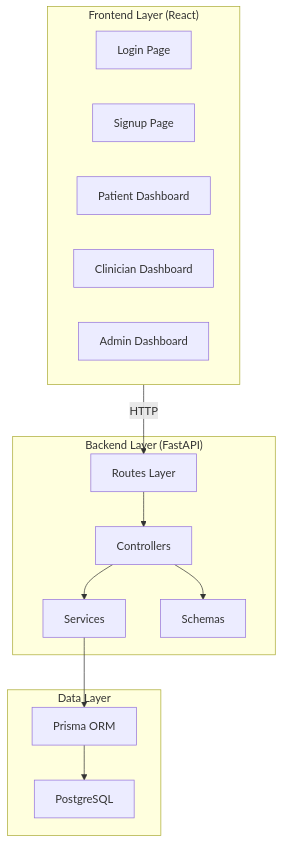
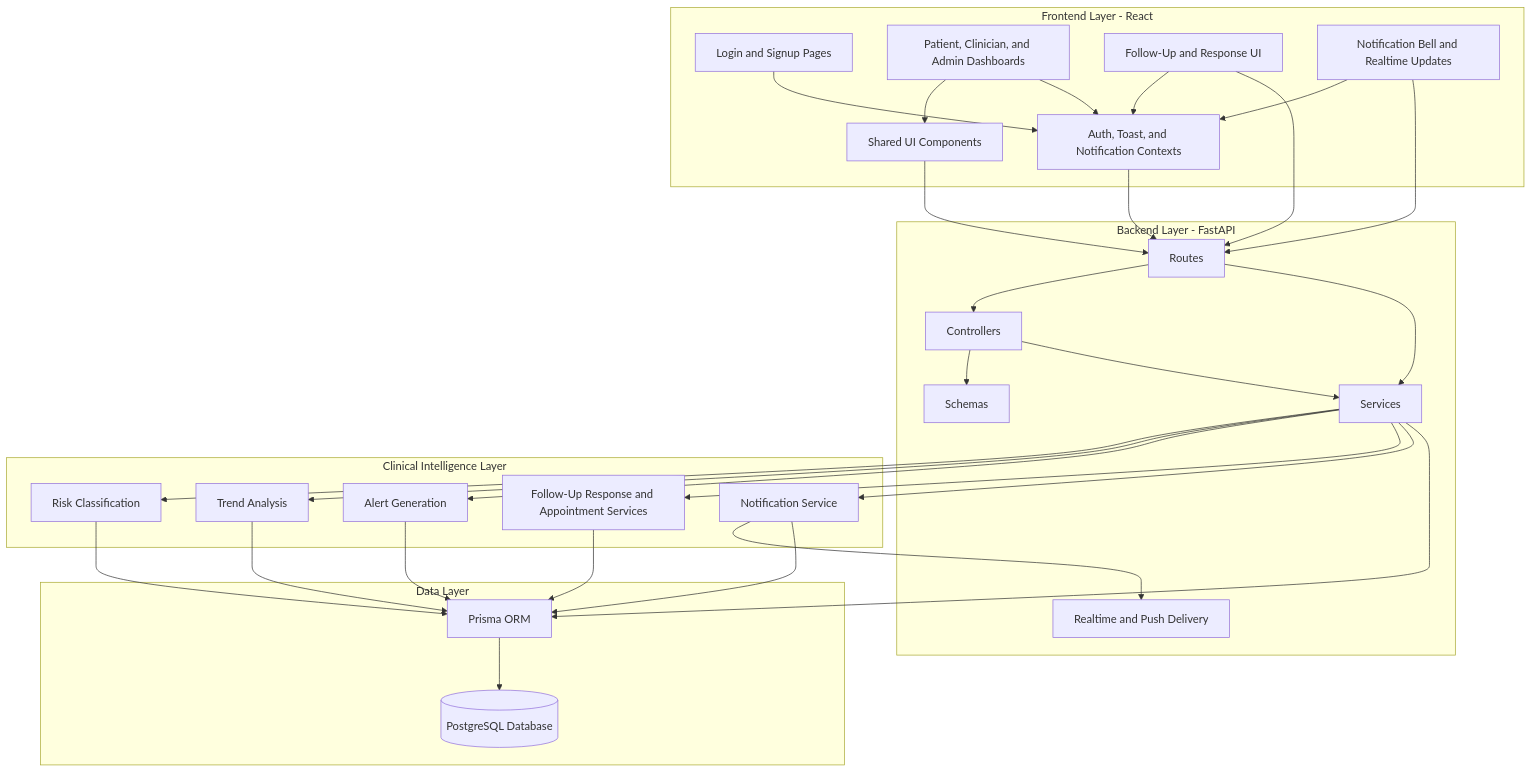
Before and after one commit to Mkayzw/backend: the fifth of 6 diagrams in CHAPTER_4_ANALYSIS_AND_DESIGN.md, drawn with Mermaid. The commit also changed other lines of this file and 53 other files, not shown here.

````diff
--- a/CHAPTER_4_ANALYSIS_AND_DESIGN.md
+++ b/CHAPTER_4_ANALYSIS_AND_DESIGN.md
@@ -256,29 +339,63 @@
 ```mermaid
-graph TB
-    subgraph Client["Frontend Layer (React)"]
-        LP["Login Page"]
-        SP["Signup Page"]
-        PD["Patient Dashboard"]
-        CD["Clinician Dashboard"]
-        AD["Admin Dashboard"]
+flowchart TB
+    subgraph ClientLayer["Frontend Layer - React"]
+        Login[Login and Signup Pages]
+        Dashboards[Patient, Clinician, and Admin Dashboards]
+        FollowUpUI[Follow-Up and Response UI]
+        NotificationUI[Notification Bell and Realtime Updates]
+        UIComponents[Shared UI Components]
+        Contexts[Auth, Toast, and Notification Contexts]
     end
 
-    subgraph API["Backend Layer (FastAPI)"]
-        Routes["Routes Layer"]
-        Controllers["Controllers"]
-        Services["Services"]
-        Schemas["Schemas"]
+    subgraph APILayer["Backend Layer - FastAPI"]
+        Routes[Routes]
+        Controllers[Controllers]
+        Schemas[Schemas]
+        Services[Services]
+        Realtime[Realtime and Push Delivery]
     end
 
-    subgraph DB["Data Layer"]
-        Prisma["Prisma ORM"]
-        PostgreSQL["PostgreSQL"]
+    subgraph IntelligenceLayer["Clinical Intelligence Layer"]
+        RiskService[Risk Classification]
+        TrendService[Trend Analysis]
+        AlertService[Alert Generation]
+        FollowUpService[Follow-Up Response and Appointment Services]
+        NotificationService[Notification Service]
     end
 
-    Client -->|HTTP| Routes
+    subgraph DataLayer["Data Layer"]
+        Prisma[Prisma ORM]
+        Database[(PostgreSQL Database)]
+    end
+
+    Login --> Contexts
+    Dashboards --> UIComponents
+    Dashboards --> Contexts
+    FollowUpUI --> Contexts
+    NotificationUI --> Contexts
+
+    Contexts --> Routes
+    UIComponents --> Routes
+    FollowUpUI --> Routes
+    NotificationUI --> Routes
+
     Routes --> Controllers
+    Routes --> Services
+    Controllers --> Schemas
     Controllers --> Services
-    Controllers --> Schemas
+
+    Services --> RiskService
+    Services --> TrendService
+    Services --> AlertService
+    Services --> FollowUpService
+    Services --> NotificationService
+    NotificationService --> Realtime
+
     Services --> Prisma
-    Prisma --> PostgreSQL
+    RiskService --> Prisma
+    TrendService --> Prisma
+    AlertService --> Prisma
+    FollowUpService --> Prisma
+    NotificationService --> Prisma
+    Prisma --> Database
 ```
````
